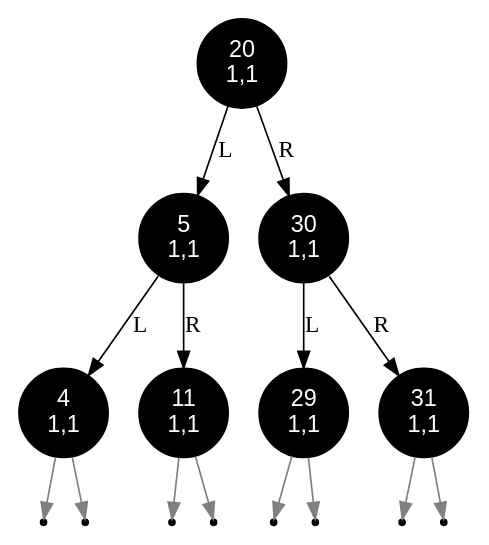
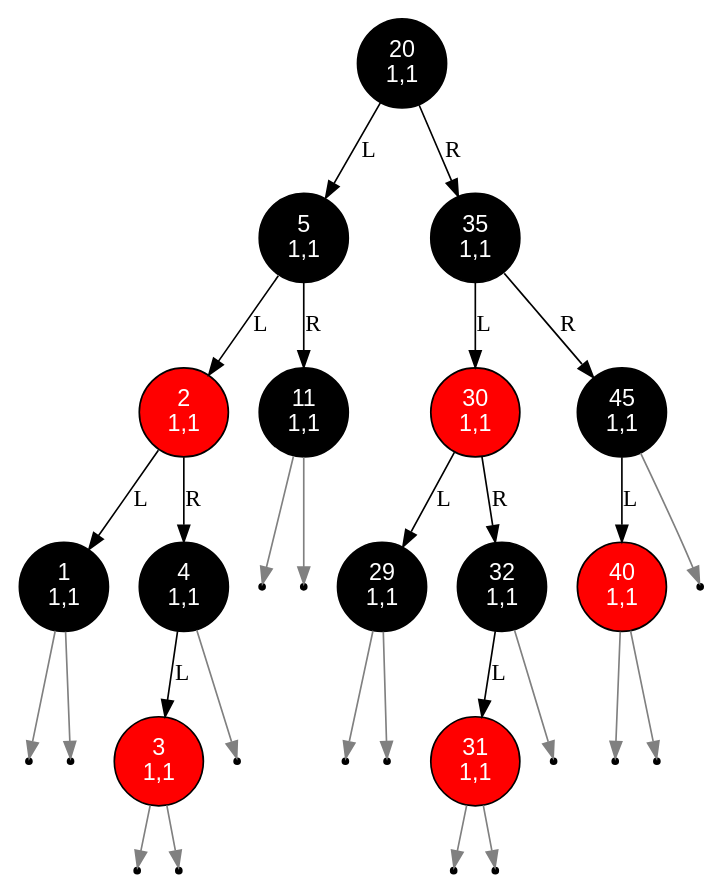
Before and after one commit to mrnetbear/Alg-progs: the diagram in lab4b/build/tree.dot, drawn with Graphviz. The commit also changed 5 other files, not shown here.

```diff
--- a/lab4b/build/tree.dot
+++ b/lab4b/build/tree.dot
@@ -1,34 +1,62 @@
 digraph LLRBTree {
   node [shape=circle, fontname="Arial"];
   edge [arrowhead=normal];
 
   20 [label="20\n1,1", style=filled, fillcolor=black, fontcolor=white];
   20 -> 5 [label="L"];
-  20 -> 30 [label="R"];
+  20 -> 35 [label="R"];
   5 [label="5\n1,1", style=filled, fillcolor=black, fontcolor=white];
-  5 -> 4 [label="L"];
+  5 -> 2 [label="L"];
   5 -> 11 [label="R"];
-  30 [label="30\n1,1", style=filled, fillcolor=black, fontcolor=white];
-  30 -> 29 [label="L"];
-  30 -> 31 [label="R"];
-  4 [label="4\n1,1", style=filled, fillcolor=black, fontcolor=white];
-  null4L [shape=point];
-  4 -> null4L [color=gray];
-  null4R [shape=point];
-  4 -> null4R [color=gray];
+  35 [label="35\n1,1", style=filled, fillcolor=black, fontcolor=white];
+  35 -> 30 [label="L"];
+  35 -> 45 [label="R"];
+  2 [label="2\n1,1", style=filled, fillcolor=red, fontcolor=white];
+  2 -> 1 [label="L"];
+  2 -> 4 [label="R"];
   11 [label="11\n1,1", style=filled, fillcolor=black, fontcolor=white];
   null11L [shape=point];
   11 -> null11L [color=gray];
   null11R [shape=point];
   11 -> null11R [color=gray];
+  30 [label="30\n1,1", style=filled, fillcolor=red, fontcolor=white];
+  30 -> 29 [label="L"];
+  30 -> 32 [label="R"];
+  45 [label="45\n1,1", style=filled, fillcolor=black, fontcolor=white];
+  45 -> 40 [label="L"];
+  null45R [shape=point];
+  45 -> null45R [color=gray];
+  1 [label="1\n1,1", style=filled, fillcolor=black, fontcolor=white];
+  null1L [shape=point];
+  1 -> null1L [color=gray];
+  null1R [shape=point];
+  1 -> null1R [color=gray];
+  4 [label="4\n1,1", style=filled, fillcolor=black, fontcolor=white];
+  4 -> 3 [label="L"];
+  null4R [shape=point];
+  4 -> null4R [color=gray];
   29 [label="29\n1,1", style=filled, fillcolor=black, fontcolor=white];
   null29L [shape=point];
   29 -> null29L [color=gray];
   null29R [shape=point];
   29 -> null29R [color=gray];
-  31 [label="31\n1,1", style=filled, fillcolor=black, fontcolor=white];
+  32 [label="32\n1,1", style=filled, fillcolor=black, fontcolor=white];
+  32 -> 31 [label="L"];
+  null32R [shape=point];
+  32 -> null32R [color=gray];
+  40 [label="40\n1,1", style=filled, fillcolor=red, fontcolor=white];
+  null40L [shape=point];
+  40 -> null40L [color=gray];
+  null40R [shape=point];
+  40 -> null40R [color=gray];
+  3 [label="3\n1,1", style=filled, fillcolor=red, fontcolor=white];
+  null3L [shape=point];
+  3 -> null3L [color=gray];
+  null3R [shape=point];
+  3 -> null3R [color=gray];
+  31 [label="31\n1,1", style=filled, fillcolor=red, fontcolor=white];
   null31L [shape=point];
   31 -> null31L [color=gray];
   null31R [shape=point];
   31 -> null31R [color=gray];
 }
```
